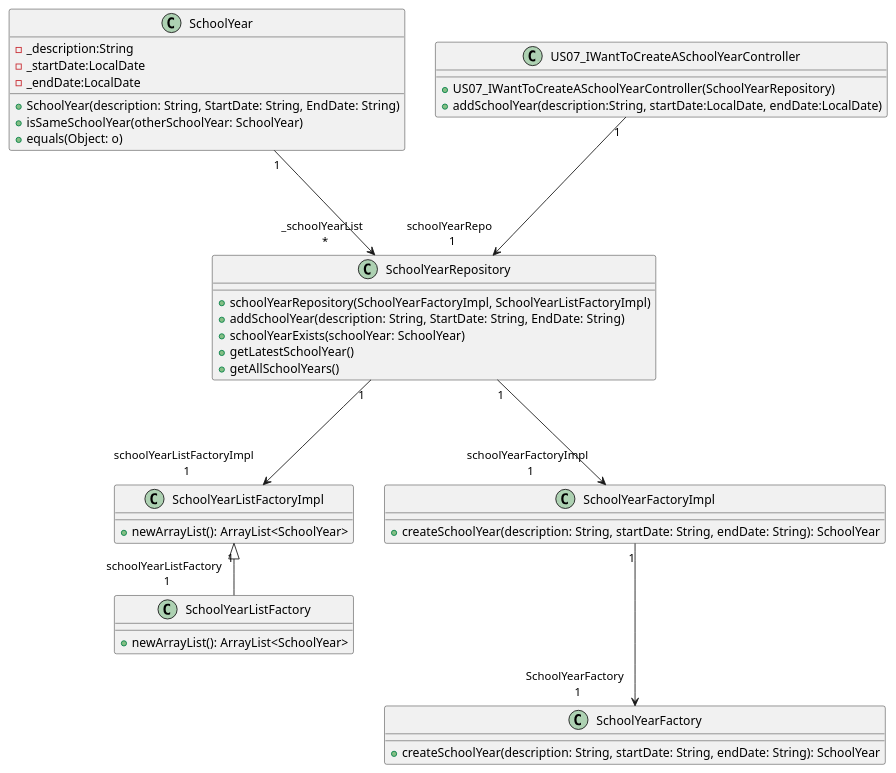
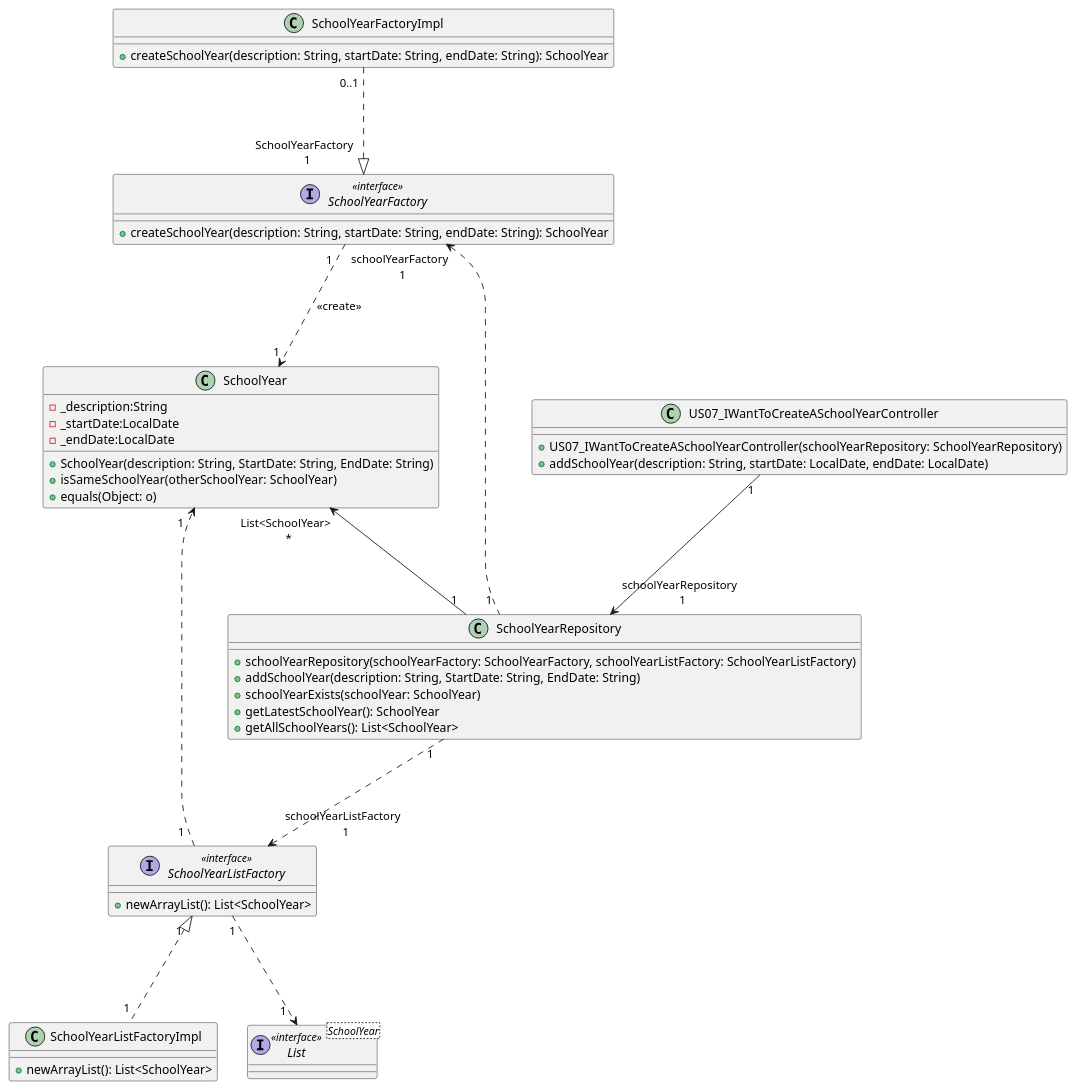
One commit to GasparISEP/DevOps-PAI changed the diagram in docs/US07/US07_ClassDiagram.puml. Above: the diagram before and after it, drawn with PlantUML. The commit also changed 2 other files, not shown here.

Commit message:
Fixed US07_ClassDiagram and refactored method signatures of SchoolYearListFactory and SchoolYearListFactoryImpl to be more flexible, ArrayList to List

```diff
--- a/docs/US07/US07_ClassDiagram.puml
+++ b/docs/US07/US07_ClassDiagram.puml
@@ -1,49 +1,54 @@
 @startuml
-'https://plantuml.com/class-diagram
+top to bottom direction
 
 class SchoolYear {
     -_description:String
     -_startDate:LocalDate
     -_endDate:LocalDate
     +SchoolYear(description: String, StartDate: String, EndDate: String)
     +isSameSchoolYear(otherSchoolYear: SchoolYear)
     +equals(Object: o)
 }
 
 class SchoolYearRepository {
-    +schoolYearRepository(SchoolYearFactoryImpl, SchoolYearListFactoryImpl)
+    +schoolYearRepository(schoolYearFactory: SchoolYearFactory, schoolYearListFactory: SchoolYearListFactory)
     +addSchoolYear(description: String, StartDate: String, EndDate: String)
     +schoolYearExists(schoolYear: SchoolYear)
-    +getLatestSchoolYear()
-    +getAllSchoolYears()
+    +getLatestSchoolYear(): SchoolYear
+    +getAllSchoolYears(): List<SchoolYear>
 }
 
 class US07_IWantToCreateASchoolYearController {
-   +US07_IWantToCreateASchoolYearController(SchoolYearRepository)
-   +addSchoolYear(description:String, startDate:LocalDate, endDate:LocalDate)
+   +US07_IWantToCreateASchoolYearController(schoolYearRepository: SchoolYearRepository)
+   +addSchoolYear(description: String, startDate: LocalDate, endDate: LocalDate)
 }
 
-class SchoolYearListFactory {
-   +newArrayList(): ArrayList<SchoolYear>
+interface SchoolYearListFactory <<interface>> {
+   +newArrayList(): List<SchoolYear>
 }
 
 class SchoolYearListFactoryImpl {
-   +newArrayList(): ArrayList<SchoolYear>
+   +newArrayList(): List<SchoolYear>
 }
 
-class SchoolYearFactory {
+interface SchoolYearFactory <<interface>> {
    +createSchoolYear(description: String, startDate: String, endDate: String): SchoolYear
 }
 
 class SchoolYearFactoryImpl {
    +createSchoolYear(description: String, startDate: String, endDate: String): SchoolYear
 }
 
-SchoolYearRepository "1" ---> "schoolYearListFactoryImpl \n 1" SchoolYearListFactoryImpl
-SchoolYearRepository "1" ---> "schoolYearFactoryImpl \n 1" SchoolYearFactoryImpl
-SchoolYearListFactoryImpl "1" <|-- "schoolYearListFactory \n 1" SchoolYearListFactory
-US07_IWantToCreateASchoolYearController "1" ---> "schoolYearRepo \n 1" SchoolYearRepository
-SchoolYear "1" ---> "_schoolYearList \n *" SchoolYearRepository
-SchoolYearFactoryImpl "1" ---> "SchoolYearFactory \n 1" SchoolYearFactory
+interface List<SchoolYear> <<interface>> {
+}
 
+SchoolYearListFactoryImpl "1 " ..u.|> "1  " SchoolYearListFactory
+SchoolYearRepository "1" ...> "schoolYearListFactory \n 1" SchoolYearListFactory
+SchoolYearRepository "1 " .u..> "schoolYearFactory \n 1" SchoolYearFactory
+US07_IWantToCreateASchoolYearController "1" ---> "schoolYearRepository \n 1" SchoolYearRepository
+SchoolYear "List<SchoolYear> \n *" <--- "1" SchoolYearRepository
+SchoolYearFactoryImpl "0..1 " ...|> "SchoolYearFactory \n 1" SchoolYearFactory
+SchoolYearFactory "1   " ...> "1 " SchoolYear: <<create>>
+SchoolYearListFactory "1" ...> "1  " List
+SchoolYearListFactory "1  " ..> "1  " SchoolYear
 @enduml
```
